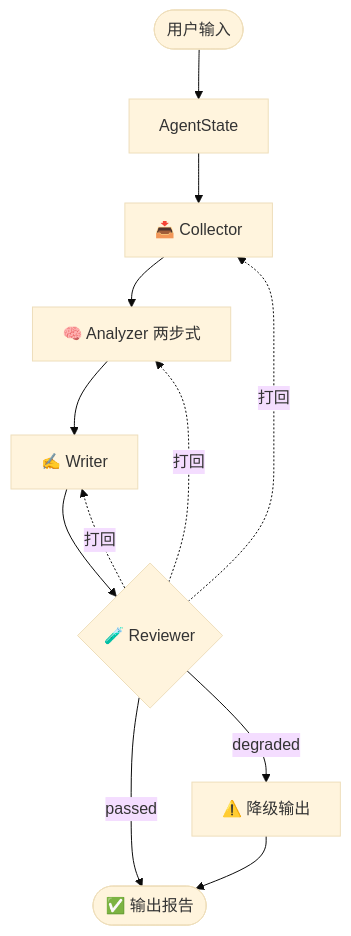
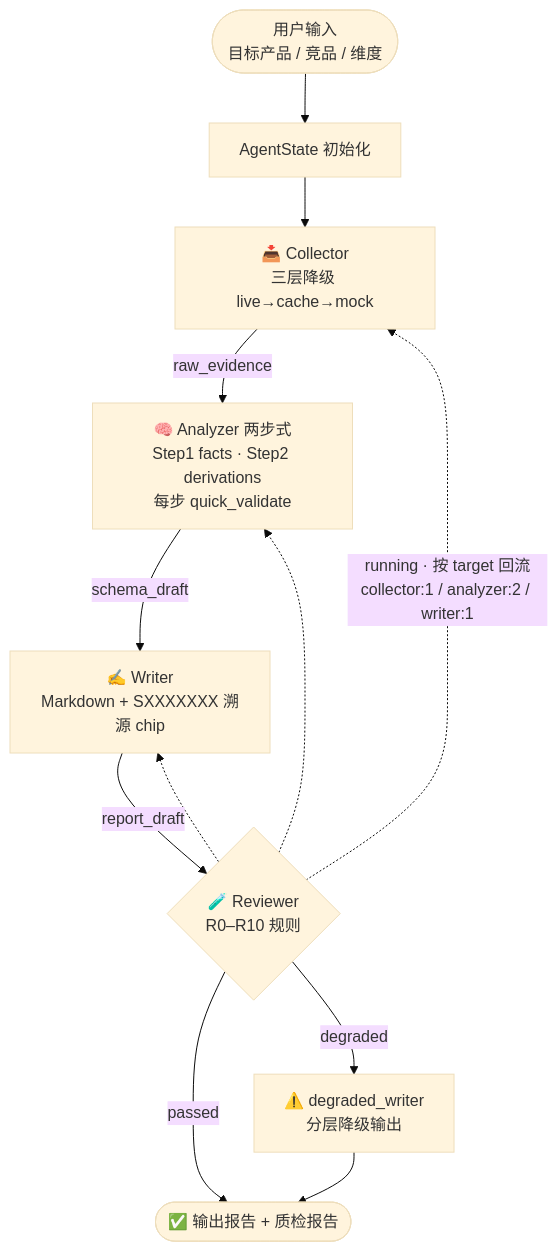
Before and after one commit to yangyuxin-hub/AI-Competitive-Radar: the first of 2 diagrams in README.md, drawn with Mermaid (base theme). The commit also changed other lines of this file, not shown here.

````diff
--- a/README.md
+++ b/README.md
@@ -31,11 +52,13 @@
 ```mermaid
 flowchart TD
-    U([用户输入]) --> S[AgentState]
-    S --> C[📥 Collector]
-    C --> A[🧠 Analyzer 两步式]
-    A --> W[✍️ Writer]
-    W --> R{🧪 Reviewer}
-    R -->|passed| E([✅ 输出报告])
-    R -->|degraded| D[⚠️ 降级输出] --> E
-    R -.->|打回| C & A & W
+    U([用户输入<br/>目标产品 / 竞品 / 维度]) --> S[AgentState 初始化]
+    S --> C[📥 Collector<br/>三层降级 live→cache→mock]
+    C -->|raw_evidence| A[🧠 Analyzer 两步式<br/>Step1 facts · Step2 derivations<br/>每步 quick_validate]
+    A -->|schema_draft| W[✍️ Writer<br/>Markdown + SXXXXXXX 溯源 chip]
+    W -->|report_draft| R{🧪 Reviewer<br/>R0–R10 规则}
+    R -->|passed| E([✅ 输出报告 + 质检报告])
+    R -->|degraded| D[⚠️ degraded_writer<br/>分层降级输出] --> E
+    R -.->|running · 按 target 回流<br/>collector:1 / analyzer:2 / writer:1| C
+    R -.-> A
+    R -.-> W
 ```
````
